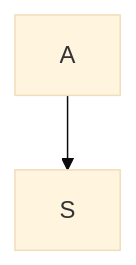
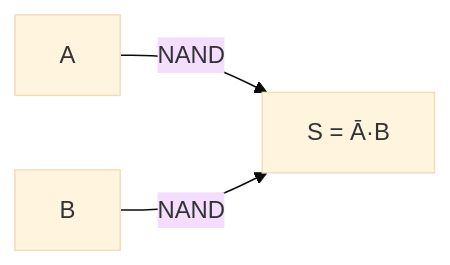
The fifth of 8 diagrams in content/pt-br/resource/Engenharia de Computação/6-periodo/eletronica-digital/anotacoes/aula-01-portas-logicas.md (pedroiff0/page), drawn with Mermaid (base theme) before and after one commit. The commit also changed other lines of this file and 96 other files, not shown here.

````diff
--- a/content/pt-br/resource/Engenharia de Computação/6-periodo/eletronica-digital/anotacoes/aula-01-portas-logicas.md
+++ b/content/pt-br/resource/Engenharia de Computação/6-periodo/eletronica-digital/anotacoes/aula-01-portas-logicas.md
@@ -159,4 +180,4 @@
 ```mermaid
-flowchart TD
-    A[A] --> B[S]
+flowchart LR
+    A[A] & B[B] -->|NAND| S[S = Ā·B]
 ```
````
